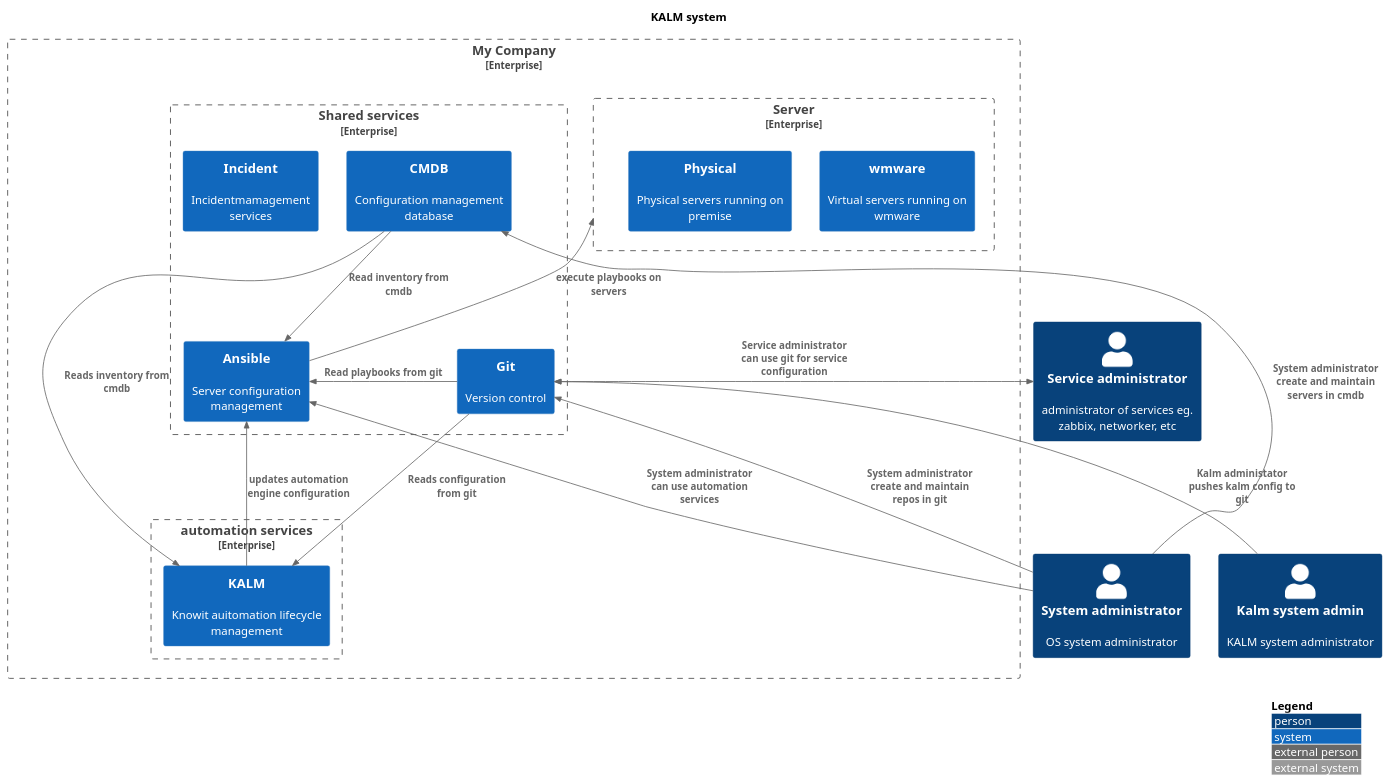
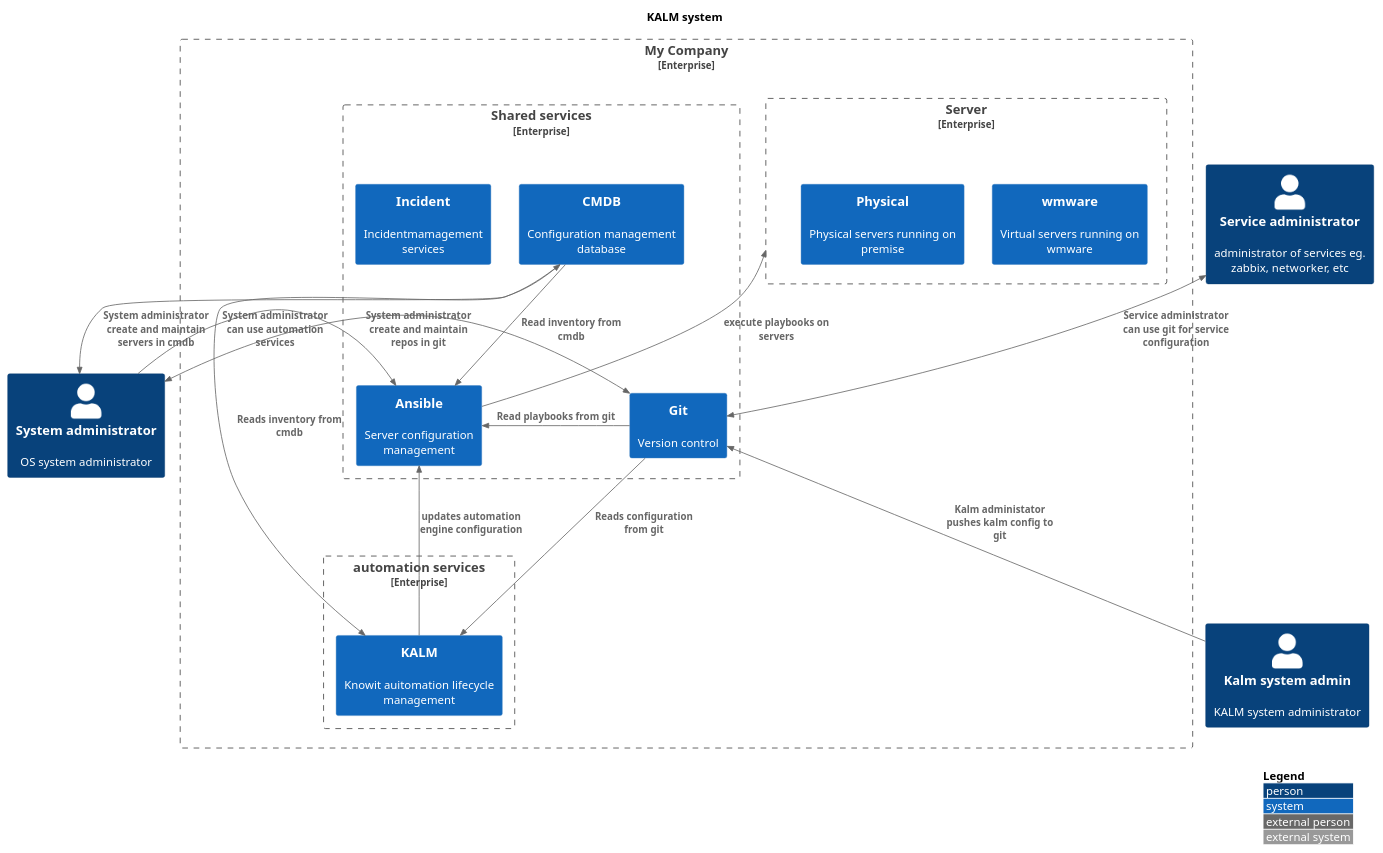
The diagram in diagrams/kalm.puml (JakobHolstDK/infowall), drawn with PlantUML before and after one commit.

Commit message:
no write

```diff
--- a/diagrams/kalm.puml
+++ b/diagrams/kalm.puml
@@ -1,63 +1,63 @@
 @startuml
 !include https://raw.githubusercontent.com/plantuml-stdlib/C4-PlantUML/master/C4_Context.puml
 
 ' uncomment the following line and comment the first to use locally
 ' !include C4_Context.puml
 
 LAYOUT_TOP_DOWN()
 'LAYOUT_AS_SKETCH()
 LAYOUT_WITH_LEGEND()
 
 
 title   KALM system
 
 Person(kalmadmin, "Kalm system admin", "KALM system administrator")
 Person(systemadmin, "System administrator", "OS system administrator")
 Person(serviceadmin, "Service administrator", "administrator of services eg. zabbix, networker, etc")
 
 
 Enterprise_Boundary(c0, "My Company", "My awesome organisation") {
 
 Enterprise_Boundary(c2, "Server ", "Virtuelle servere") {
     System(vmware, "wmware", "Virtual servers running on wmware")
     System(physicalservers, "Physical", "Physical servers running on premise")
 }
 
 Enterprise_Boundary(c3, "Shared services", "Shared services in the organisation") {
     System(cmdb, "CMDB", "Configuration management database")
     System(automation, "Ansible", "Server configuration management")
     System(git, "Git", "Version control")
     System(incident, "Incident", "Incidentmamagement services")
 }
 
 Enterprise_Boundary(c1, "automation services", "Automation services") {
     System(kalm, "KALM", "Knowit auitomation lifecycle management")
 }
 
 
 }
 
 
 Rel_Neighbor(git, automation, "Read playbooks from git")
 Rel_D(cmdb, automation, "Read inventory from cmdb")
 Rel_U(automation, c2 , "execute playbooks on servers")
 
 
 Rel_U(kalmadmin, git, "Kalm administator pushes kalm config to git")
 
 Rel_U(systemadmin, automation, "System administrator can use automation services")
-Rel_U(systemadmin, git, "System administrator create and maintain repos in git")
-Rel_U(systemadmin, cmdb, "System administrator create and maintain servers in cmdb")
-BiRel_L(serviceadmin, git, "Service administrator can use git for service configuration")
+BiRel_R(systemadmin, git, "System administrator create and maintain repos in git")
+BiRel_R(systemadmin, cmdb, "System administrator create and maintain servers in cmdb")
+BiRel_D(serviceadmin, git, "Service administrator can use git for service configuration")
 
 
 
 
 
 Rel_D(cmdb, kalm, "Reads inventory from cmdb")
 Rel_D(git, kalm, "Reads configuration from git")
 
 Rel_U(kalm, automation, "updates automation engine configuration")
 
 
 @enduml
```
